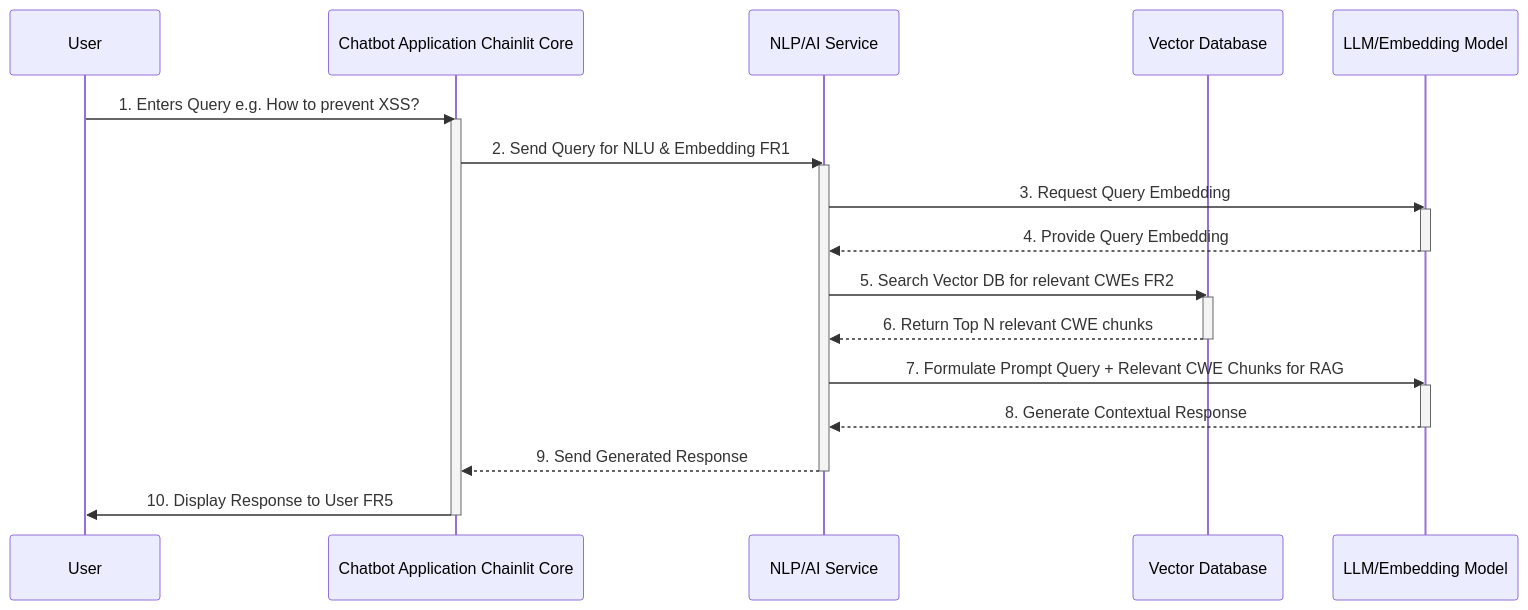
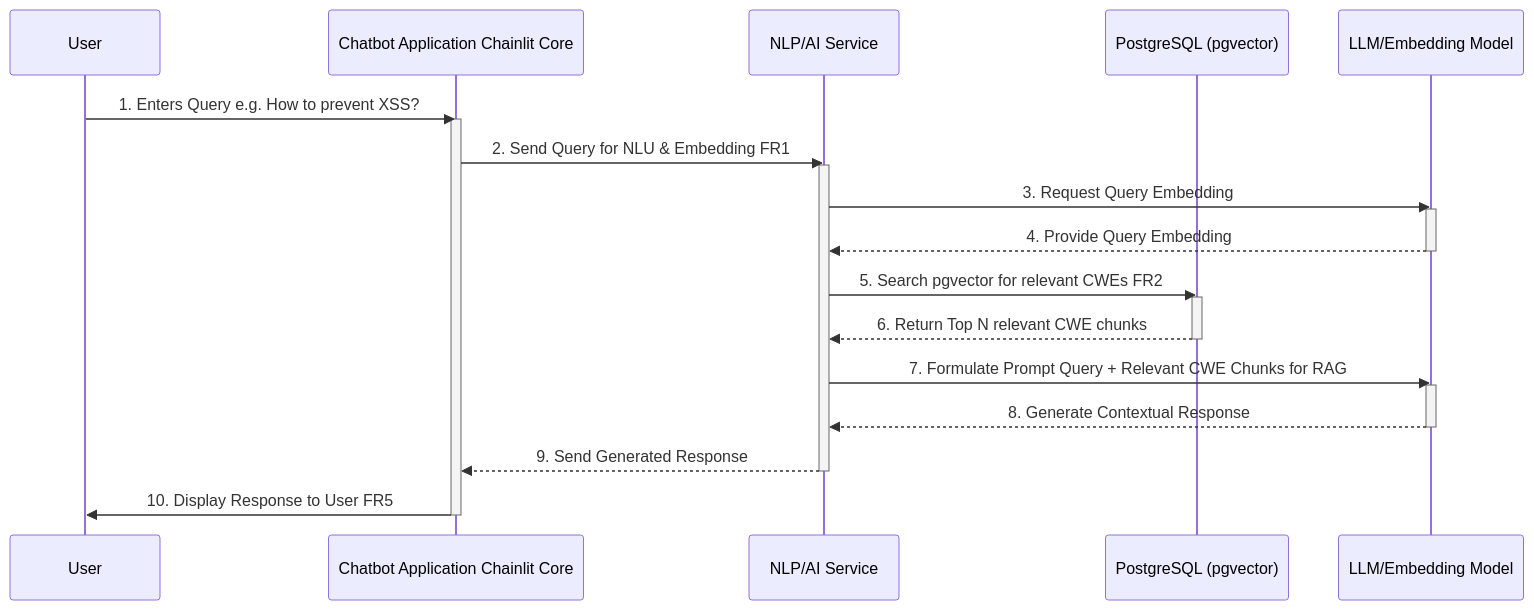
The diagram in docs/architecture/core-workflows.md (CWE-ChatBot/CWE-ChatBot), drawn with Mermaid before and after one commit. The commit also changed other lines of this file and 9 other files, not shown here.

````diff
--- a/docs/architecture/core-workflows.md
+++ b/docs/architecture/core-workflows.md
@@ -13,29 +13,29 @@
 ```mermaid
 sequenceDiagram
     participant U as User
     participant CA as Chatbot Application Chainlit Core
     participant NAI as NLP/AI Service
-    participant VDB as Vector Database
+    participant PG as PostgreSQL (pgvector)
     participant LLM as LLM/Embedding Model
 
     U->>CA: 1. Enters Query e.g. How to prevent XSS?
     activate CA
     CA->>NAI: 2. Send Query for NLU & Embedding FR1
     activate NAI
     NAI->>LLM: 3. Request Query Embedding
     activate LLM
     LLM-->>NAI: 4. Provide Query Embedding
     deactivate LLM
-    NAI->>VDB: 5. Search Vector DB for relevant CWEs FR2
-    activate VDB
-    VDB-->>NAI: 6. Return Top N relevant CWE chunks
-    deactivate VDB
+    NAI->>PG: 5. Search pgvector for relevant CWEs FR2
+    activate PG
+    PG-->>NAI: 6. Return Top N relevant CWE chunks
+    deactivate PG
     NAI->>LLM: 7. Formulate Prompt Query + Relevant CWE Chunks for RAG
     activate LLM
     LLM-->>NAI: 8. Generate Contextual Response
     deactivate LLM
     NAI-->>CA: 9. Send Generated Response
     deactivate NAI
     CA->>U: 10. Display Response to User FR5
     deactivate CA
 ```
````
